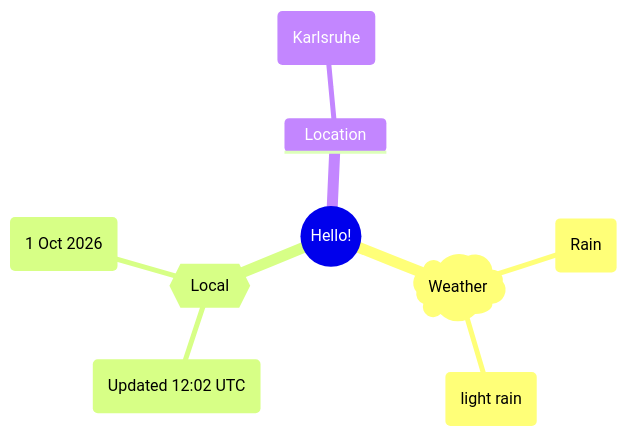
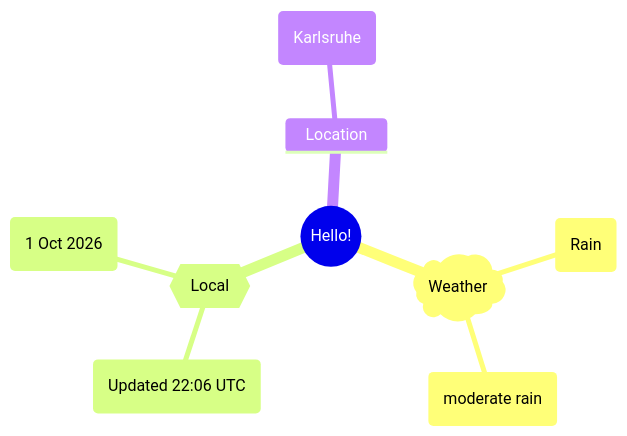
Before and after one commit to Xosrov/Xosrov: the first of 2 diagrams in README.md, drawn with Mermaid.

Commit message:
[bot] updated images

````diff
--- a/README.md
+++ b/README.md
@@ -3,12 +3,12 @@
 ```mermaid
 mindmap
   root((Hello!))
     )Weather(
         (Rain)
-        (light rain)
+        (moderate rain)
     {{Local}}
-        (Updated 12:02 UTC)
+        (Updated 22:06 UTC)
         (1 Oct 2026)
     Location
         (Karlsruhe)
 ```
````
